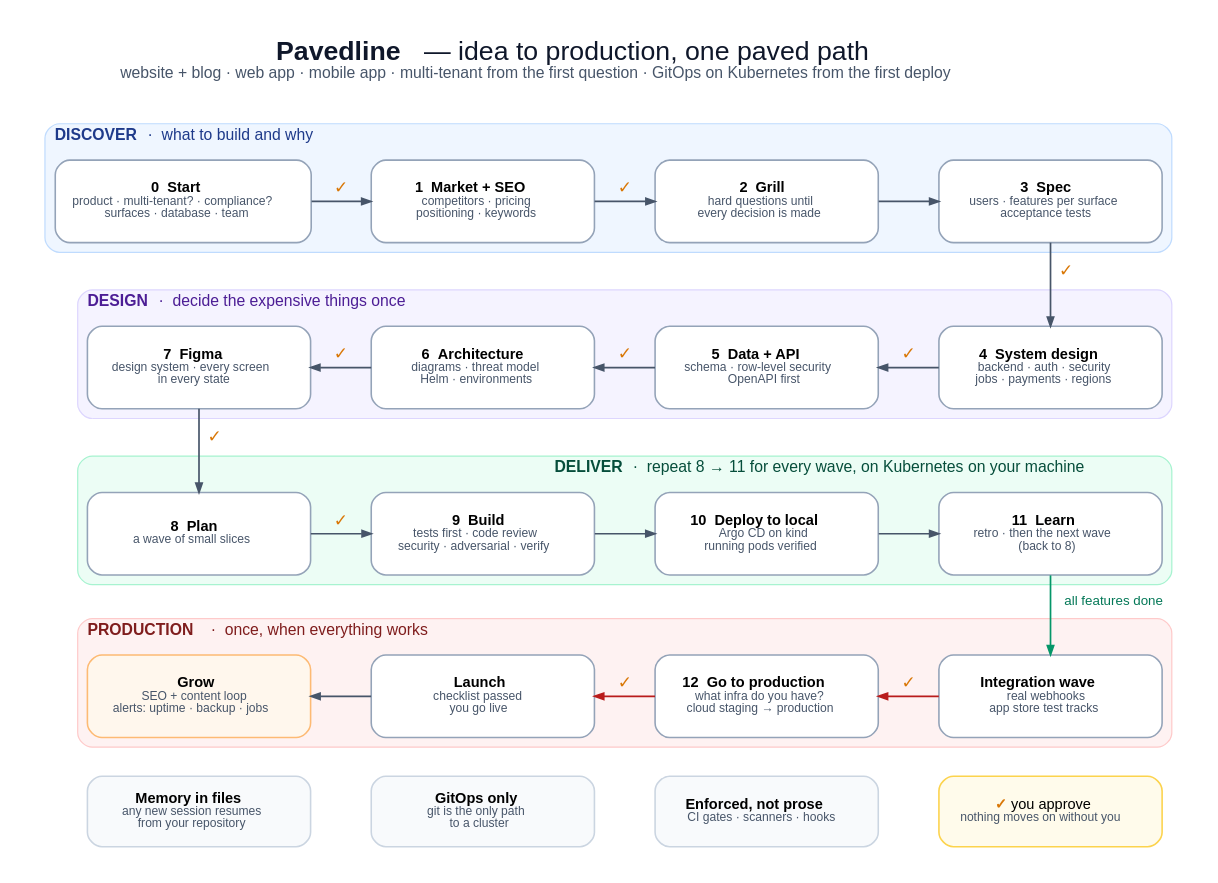
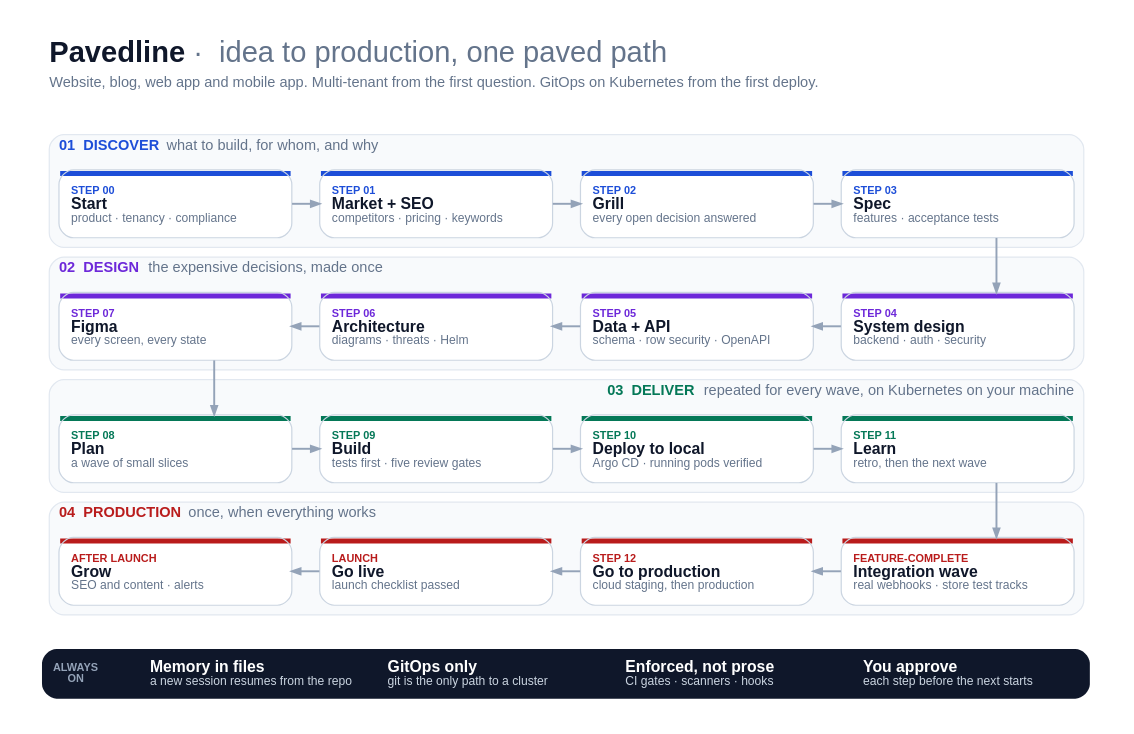
Before and after one commit to Marwan-G/pavedline: the diagram in docs/flow.dot, drawn with Graphviz. The commit also changed 1 other file, not shown here.

Commit message:
Professional flow image

```diff
--- a/docs/flow.dot
+++ b/docs/flow.dot
@@ -1,53 +1,52 @@
 // Pavedline — the flow, idea to production. Source of truth for docs/flow.svg.
-// Layout: four phase bands, read like a snake (left→right, then right→left, …), so every arrow is short.
-// Each band title sits on the side its incoming arrow does not use.
+// Four phase bands read as a snake (left→right, then right→left, …) so every connector is short and straight.
+// Colour marks the phase only (card header and band title); everything else is neutral.
 // Render: python3 scripts/dot_check.py   Check: python3 scripts/dot_check.py --check
 digraph pavedline {
-  graph [rankdir=TB, fontname="Helvetica", bgcolor="white", pad=0.3, nodesep=0.35, ranksep=0.42, newrank=true,
-         splines=spline, labelloc=t, labeljust=c, fontsize=22, fontcolor="#0F172A",
-         label=<<B>Pavedline</B> — idea to production, one paved path<BR/><FONT POINT-SIZE="13" COLOR="#475569">website + blog · web app · mobile app · multi-tenant from the first question · GitOps on Kubernetes from the first deploy</FONT><BR/> >];
-  node  [shape=box, style="rounded,filled", fontname="Helvetica", fontsize=12, color="#94A3B8",
-         fillcolor="#FFFFFF", penwidth=1.3, width=2.55, height=0.95, margin="0.2,0.08"];
-  edge  [color="#475569", arrowsize=0.75, penwidth=1.4, fontname="Helvetica", fontsize=14, fontcolor="#D97706"];
+  graph [rankdir=TB, fontname="Helvetica,Arial,sans-serif", bgcolor="white", pad="0.35,0.3", nodesep=0.32, ranksep=0.5,
+         newrank=true, splines=ortho, labelloc=t, labeljust=l, fontsize=24, fontcolor="#0F172A",
+         label=<<B>Pavedline</B><FONT COLOR="#64748B">  ·  idea to production, one paved path</FONT><BR ALIGN="LEFT"/><FONT POINT-SIZE="6"> </FONT><BR ALIGN="LEFT"/><FONT POINT-SIZE="12" COLOR="#64748B">Website, blog, web app and mobile app. Multi-tenant from the first question. GitOps on Kubernetes from the first deploy.</FONT><BR ALIGN="LEFT"/> >];
+  node  [shape=plain, fontname="Helvetica,Arial,sans-serif", fontsize=13, fontcolor="#0F172A"];
+  edge  [color="#94A3B8", penwidth=1.6, arrowsize=0.7, arrowhead=normal];
 
-  // ── 1 · DISCOVER (left → right)
+  // ── 01 DISCOVER ─────────────────────────────────────────────── left → right
   subgraph cluster_discover {
-    label=<<B>DISCOVER</B>  ·  what to build and why>; labeljust=l; fontsize=13;
-    style="rounded,filled"; fillcolor="#EFF6FF"; color="#BFDBFE"; fontcolor="#1E3A8A";
-    s0 [label=<<B>0  Start</B><BR/><FONT POINT-SIZE="10.5" COLOR="#475569">product · multi-tenant? · compliance?<BR/>surfaces · database · team</FONT>>];
-    s1 [label=<<B>1  Market + SEO</B><BR/><FONT POINT-SIZE="10.5" COLOR="#475569">competitors · pricing<BR/>positioning · keywords</FONT>>];
-    s2 [label=<<B>2  Grill</B><BR/><FONT POINT-SIZE="10.5" COLOR="#475569">hard questions until<BR/>every decision is made</FONT>>];
-    s3 [label=<<B>3  Spec</B><BR/><FONT POINT-SIZE="10.5" COLOR="#475569">users · features per surface<BR/>acceptance tests</FONT>>];
+    label=<<FONT COLOR="#1D4ED8"><B>01  DISCOVER</B></FONT><FONT COLOR="#64748B">   what to build, for whom, and why</FONT>>;
+    fontsize=12; labeljust=l; style="rounded,filled"; fillcolor="#F8FAFC"; color="#E2E8F0"; penwidth=1;
+    s0 [label=<<TABLE BORDER="1" CELLBORDER="0" CELLSPACING="0" CELLPADDING="9" COLOR="#CBD5E1" BGCOLOR="white" STYLE="rounded"><TR><TD BGCOLOR="#1D4ED8" ALIGN="LEFT" WIDTH="190" HEIGHT="4" CELLPADDING="0"></TD></TR><TR><TD ALIGN="LEFT"><FONT POINT-SIZE="9" COLOR="#1D4ED8"><B>STEP 00</B></FONT><BR ALIGN="LEFT"/><B>Start</B><BR ALIGN="LEFT"/><FONT POINT-SIZE="10.5" COLOR="#64748B">product · tenancy · compliance</FONT><BR ALIGN="LEFT"/></TD></TR></TABLE>>];
+    s1 [label=<<TABLE BORDER="1" CELLBORDER="0" CELLSPACING="0" CELLPADDING="9" COLOR="#CBD5E1" BGCOLOR="white" STYLE="rounded"><TR><TD BGCOLOR="#1D4ED8" ALIGN="LEFT" WIDTH="190" HEIGHT="4" CELLPADDING="0"></TD></TR><TR><TD ALIGN="LEFT"><FONT POINT-SIZE="9" COLOR="#1D4ED8"><B>STEP 01</B></FONT><BR ALIGN="LEFT"/><B>Market + SEO</B><BR ALIGN="LEFT"/><FONT POINT-SIZE="10.5" COLOR="#64748B">competitors · pricing · keywords</FONT><BR ALIGN="LEFT"/></TD></TR></TABLE>>];
+    s2 [label=<<TABLE BORDER="1" CELLBORDER="0" CELLSPACING="0" CELLPADDING="9" COLOR="#CBD5E1" BGCOLOR="white" STYLE="rounded"><TR><TD BGCOLOR="#1D4ED8" ALIGN="LEFT" WIDTH="190" HEIGHT="4" CELLPADDING="0"></TD></TR><TR><TD ALIGN="LEFT"><FONT POINT-SIZE="9" COLOR="#1D4ED8"><B>STEP 02</B></FONT><BR ALIGN="LEFT"/><B>Grill</B><BR ALIGN="LEFT"/><FONT POINT-SIZE="10.5" COLOR="#64748B">every open decision answered</FONT><BR ALIGN="LEFT"/></TD></TR></TABLE>>];
+    s3 [label=<<TABLE BORDER="1" CELLBORDER="0" CELLSPACING="0" CELLPADDING="9" COLOR="#CBD5E1" BGCOLOR="white" STYLE="rounded"><TR><TD BGCOLOR="#1D4ED8" ALIGN="LEFT" WIDTH="190" HEIGHT="4" CELLPADDING="0"></TD></TR><TR><TD ALIGN="LEFT"><FONT POINT-SIZE="9" COLOR="#1D4ED8"><B>STEP 03</B></FONT><BR ALIGN="LEFT"/><B>Spec</B><BR ALIGN="LEFT"/><FONT POINT-SIZE="10.5" COLOR="#64748B">features · acceptance tests</FONT><BR ALIGN="LEFT"/></TD></TR></TABLE>>];
   }
 
-  // ── 2 · DESIGN (right → left)
+  // ── 02 DESIGN ───────────────────────────────────────────────── right → left
   subgraph cluster_design {
-    label=<<B>DESIGN</B>  ·  decide the expensive things once>; labeljust=l; fontsize=13;
-    style="rounded,filled"; fillcolor="#F5F3FF"; color="#DDD6FE"; fontcolor="#4C1D95";
-    s7 [label=<<B>7  Figma</B><BR/><FONT POINT-SIZE="10.5" COLOR="#475569">design system · every screen<BR/>in every state</FONT>>];
-    s6 [label=<<B>6  Architecture</B><BR/><FONT POINT-SIZE="10.5" COLOR="#475569">diagrams · threat model<BR/>Helm · environments</FONT>>];
-    s5 [label=<<B>5  Data + API</B><BR/><FONT POINT-SIZE="10.5" COLOR="#475569">schema · row-level security<BR/>OpenAPI first</FONT>>];
-    s4 [label=<<B>4  System design</B><BR/><FONT POINT-SIZE="10.5" COLOR="#475569">backend · auth · security<BR/>jobs · payments · regions</FONT>>];
+    label=<<FONT COLOR="#6D28D9"><B>02  DESIGN</B></FONT><FONT COLOR="#64748B">   the expensive decisions, made once</FONT>>;
+    fontsize=12; labeljust=l; style="rounded,filled"; fillcolor="#F8FAFC"; color="#E2E8F0"; penwidth=1;
+    s7 [label=<<TABLE BORDER="1" CELLBORDER="0" CELLSPACING="0" CELLPADDING="9" COLOR="#CBD5E1" BGCOLOR="white" STYLE="rounded"><TR><TD BGCOLOR="#6D28D9" ALIGN="LEFT" WIDTH="190" HEIGHT="4" CELLPADDING="0"></TD></TR><TR><TD ALIGN="LEFT"><FONT POINT-SIZE="9" COLOR="#6D28D9"><B>STEP 07</B></FONT><BR ALIGN="LEFT"/><B>Figma</B><BR ALIGN="LEFT"/><FONT POINT-SIZE="10.5" COLOR="#64748B">every screen, every state</FONT><BR ALIGN="LEFT"/></TD></TR></TABLE>>];
+    s6 [label=<<TABLE BORDER="1" CELLBORDER="0" CELLSPACING="0" CELLPADDING="9" COLOR="#CBD5E1" BGCOLOR="white" STYLE="rounded"><TR><TD BGCOLOR="#6D28D9" ALIGN="LEFT" WIDTH="190" HEIGHT="4" CELLPADDING="0"></TD></TR><TR><TD ALIGN="LEFT"><FONT POINT-SIZE="9" COLOR="#6D28D9"><B>STEP 06</B></FONT><BR ALIGN="LEFT"/><B>Architecture</B><BR ALIGN="LEFT"/><FONT POINT-SIZE="10.5" COLOR="#64748B">diagrams · threats · Helm</FONT><BR ALIGN="LEFT"/></TD></TR></TABLE>>];
+    s5 [label=<<TABLE BORDER="1" CELLBORDER="0" CELLSPACING="0" CELLPADDING="9" COLOR="#CBD5E1" BGCOLOR="white" STYLE="rounded"><TR><TD BGCOLOR="#6D28D9" ALIGN="LEFT" WIDTH="190" HEIGHT="4" CELLPADDING="0"></TD></TR><TR><TD ALIGN="LEFT"><FONT POINT-SIZE="9" COLOR="#6D28D9"><B>STEP 05</B></FONT><BR ALIGN="LEFT"/><B>Data + API</B><BR ALIGN="LEFT"/><FONT POINT-SIZE="10.5" COLOR="#64748B">schema · row security · OpenAPI</FONT><BR ALIGN="LEFT"/></TD></TR></TABLE>>];
+    s4 [label=<<TABLE BORDER="1" CELLBORDER="0" CELLSPACING="0" CELLPADDING="9" COLOR="#CBD5E1" BGCOLOR="white" STYLE="rounded"><TR><TD BGCOLOR="#6D28D9" ALIGN="LEFT" WIDTH="190" HEIGHT="4" CELLPADDING="0"></TD></TR><TR><TD ALIGN="LEFT"><FONT POINT-SIZE="9" COLOR="#6D28D9"><B>STEP 04</B></FONT><BR ALIGN="LEFT"/><B>System design</B><BR ALIGN="LEFT"/><FONT POINT-SIZE="10.5" COLOR="#64748B">backend · auth · security</FONT><BR ALIGN="LEFT"/></TD></TR></TABLE>>];
   }
 
-  // ── 3 · DELIVER (left → right), repeated per wave on local Kubernetes
+  // ── 03 DELIVER ──────────────────────────────────────────────── left → right, repeated per wave
   subgraph cluster_deliver {
-    label=<<B>DELIVER</B>  ·  repeat 8 → 11 for every wave, on Kubernetes on your machine>; labeljust=r; fontsize=13;
-    style="rounded,filled"; fillcolor="#ECFDF5"; color="#A7F3D0"; fontcolor="#064E3B";
-    s8  [label=<<B>8  Plan</B><BR/><FONT POINT-SIZE="10.5" COLOR="#475569">a wave of small slices</FONT>>];
-    s9  [label=<<B>9  Build</B><BR/><FONT POINT-SIZE="10.5" COLOR="#475569">tests first · code review<BR/>security · adversarial · verify</FONT>>];
-    s10 [label=<<B>10  Deploy to local</B><BR/><FONT POINT-SIZE="10.5" COLOR="#475569">Argo CD on kind<BR/>running pods verified</FONT>>];
-    s11 [label=<<B>11  Learn</B><BR/><FONT POINT-SIZE="10.5" COLOR="#475569">retro · then the next wave<BR/>(back to 8)</FONT>>];
+    label=<<FONT COLOR="#047857"><B>03  DELIVER</B></FONT><FONT COLOR="#64748B">   repeated for every wave, on Kubernetes on your machine</FONT>>;
+    fontsize=12; labeljust=r; style="rounded,filled"; fillcolor="#F8FAFC"; color="#E2E8F0"; penwidth=1;
+    s8  [label=<<TABLE BORDER="1" CELLBORDER="0" CELLSPACING="0" CELLPADDING="9" COLOR="#CBD5E1" BGCOLOR="white" STYLE="rounded"><TR><TD BGCOLOR="#047857" ALIGN="LEFT" WIDTH="190" HEIGHT="4" CELLPADDING="0"></TD></TR><TR><TD ALIGN="LEFT"><FONT POINT-SIZE="9" COLOR="#047857"><B>STEP 08</B></FONT><BR ALIGN="LEFT"/><B>Plan</B><BR ALIGN="LEFT"/><FONT POINT-SIZE="10.5" COLOR="#64748B">a wave of small slices</FONT><BR ALIGN="LEFT"/></TD></TR></TABLE>>];
+    s9  [label=<<TABLE BORDER="1" CELLBORDER="0" CELLSPACING="0" CELLPADDING="9" COLOR="#CBD5E1" BGCOLOR="white" STYLE="rounded"><TR><TD BGCOLOR="#047857" ALIGN="LEFT" WIDTH="190" HEIGHT="4" CELLPADDING="0"></TD></TR><TR><TD ALIGN="LEFT"><FONT POINT-SIZE="9" COLOR="#047857"><B>STEP 09</B></FONT><BR ALIGN="LEFT"/><B>Build</B><BR ALIGN="LEFT"/><FONT POINT-SIZE="10.5" COLOR="#64748B">tests first · five review gates</FONT><BR ALIGN="LEFT"/></TD></TR></TABLE>>];
+    s10 [label=<<TABLE BORDER="1" CELLBORDER="0" CELLSPACING="0" CELLPADDING="9" COLOR="#CBD5E1" BGCOLOR="white" STYLE="rounded"><TR><TD BGCOLOR="#047857" ALIGN="LEFT" WIDTH="190" HEIGHT="4" CELLPADDING="0"></TD></TR><TR><TD ALIGN="LEFT"><FONT POINT-SIZE="9" COLOR="#047857"><B>STEP 10</B></FONT><BR ALIGN="LEFT"/><B>Deploy to local</B><BR ALIGN="LEFT"/><FONT POINT-SIZE="10.5" COLOR="#64748B">Argo CD · running pods verified</FONT><BR ALIGN="LEFT"/></TD></TR></TABLE>>];
+    s11 [label=<<TABLE BORDER="1" CELLBORDER="0" CELLSPACING="0" CELLPADDING="9" COLOR="#CBD5E1" BGCOLOR="white" STYLE="rounded"><TR><TD BGCOLOR="#047857" ALIGN="LEFT" WIDTH="190" HEIGHT="4" CELLPADDING="0"></TD></TR><TR><TD ALIGN="LEFT"><FONT POINT-SIZE="9" COLOR="#047857"><B>STEP 11</B></FONT><BR ALIGN="LEFT"/><B>Learn</B><BR ALIGN="LEFT"/><FONT POINT-SIZE="10.5" COLOR="#64748B">retro, then the next wave</FONT><BR ALIGN="LEFT"/></TD></TR></TABLE>>];
   }
 
-  // ── 4 · PRODUCTION (right → left), once, at the end
+  // ── 04 PRODUCTION ───────────────────────────────────────────── right → left, once
   subgraph cluster_prod {
-    label=<<B>PRODUCTION</B>  ·  once, when everything works>; labeljust=l; fontsize=13;
-    style="rounded,filled"; fillcolor="#FEF2F2"; color="#FECACA"; fontcolor="#7F1D1D";
-    grow [label=<<B>Grow</B><BR/><FONT POINT-SIZE="10.5" COLOR="#475569">SEO + content loop<BR/>alerts: uptime · backup · jobs</FONT>>, fillcolor="#FFF7ED", color="#FDBA74"];
-    live [label=<<B>Launch</B><BR/><FONT POINT-SIZE="10.5" COLOR="#475569">checklist passed<BR/>you go live</FONT>>];
-    s12  [label=<<B>12  Go to production</B><BR/><FONT POINT-SIZE="10.5" COLOR="#475569">what infra do you have?<BR/>cloud staging → production</FONT>>];
-    integ[label=<<B>Integration wave</B><BR/><FONT POINT-SIZE="10.5" COLOR="#475569">real webhooks<BR/>app store test tracks</FONT>>];
+    label=<<FONT COLOR="#B91C1C"><B>04  PRODUCTION</B></FONT><FONT COLOR="#64748B">   once, when everything works</FONT>>;
+    fontsize=12; labeljust=l; style="rounded,filled"; fillcolor="#F8FAFC"; color="#E2E8F0"; penwidth=1;
+    grow [label=<<TABLE BORDER="1" CELLBORDER="0" CELLSPACING="0" CELLPADDING="9" COLOR="#CBD5E1" BGCOLOR="white" STYLE="rounded"><TR><TD BGCOLOR="#B91C1C" ALIGN="LEFT" WIDTH="190" HEIGHT="4" CELLPADDING="0"></TD></TR><TR><TD ALIGN="LEFT"><FONT POINT-SIZE="9" COLOR="#B91C1C"><B>AFTER LAUNCH</B></FONT><BR ALIGN="LEFT"/><B>Grow</B><BR ALIGN="LEFT"/><FONT POINT-SIZE="10.5" COLOR="#64748B">SEO and content · alerts</FONT><BR ALIGN="LEFT"/></TD></TR></TABLE>>];
+    live [label=<<TABLE BORDER="1" CELLBORDER="0" CELLSPACING="0" CELLPADDING="9" COLOR="#CBD5E1" BGCOLOR="white" STYLE="rounded"><TR><TD BGCOLOR="#B91C1C" ALIGN="LEFT" WIDTH="190" HEIGHT="4" CELLPADDING="0"></TD></TR><TR><TD ALIGN="LEFT"><FONT POINT-SIZE="9" COLOR="#B91C1C"><B>LAUNCH</B></FONT><BR ALIGN="LEFT"/><B>Go live</B><BR ALIGN="LEFT"/><FONT POINT-SIZE="10.5" COLOR="#64748B">launch checklist passed</FONT><BR ALIGN="LEFT"/></TD></TR></TABLE>>];
+    s12  [label=<<TABLE BORDER="1" CELLBORDER="0" CELLSPACING="0" CELLPADDING="9" COLOR="#CBD5E1" BGCOLOR="white" STYLE="rounded"><TR><TD BGCOLOR="#B91C1C" ALIGN="LEFT" WIDTH="190" HEIGHT="4" CELLPADDING="0"></TD></TR><TR><TD ALIGN="LEFT"><FONT POINT-SIZE="9" COLOR="#B91C1C"><B>STEP 12</B></FONT><BR ALIGN="LEFT"/><B>Go to production</B><BR ALIGN="LEFT"/><FONT POINT-SIZE="10.5" COLOR="#64748B">cloud staging, then production</FONT><BR ALIGN="LEFT"/></TD></TR></TABLE>>];
+    integ[label=<<TABLE BORDER="1" CELLBORDER="0" CELLSPACING="0" CELLPADDING="9" COLOR="#CBD5E1" BGCOLOR="white" STYLE="rounded"><TR><TD BGCOLOR="#B91C1C" ALIGN="LEFT" WIDTH="190" HEIGHT="4" CELLPADDING="0"></TD></TR><TR><TD ALIGN="LEFT"><FONT POINT-SIZE="9" COLOR="#B91C1C"><B>FEATURE-COMPLETE</B></FONT><BR ALIGN="LEFT"/><B>Integration wave</B><BR ALIGN="LEFT"/><FONT POINT-SIZE="10.5" COLOR="#64748B">real webhooks · store test tracks</FONT><BR ALIGN="LEFT"/></TD></TR></TABLE>>];
   }
 
   { rank=same; s0; s1; s2; s3; }
@@ -55,31 +54,29 @@
   { rank=same; s8; s9; s10; s11; }
   { rank=same; grow; live; s12; integ; }
 
-  // Column alignment: invisible edges keep each band's boxes stacked under the band above.
-  s0 -> s7 -> s8 -> grow  [style=invis];
-  s1 -> s6 -> s9 -> live  [style=invis];
-  s2 -> s5 -> s10 -> s12  [style=invis];
+  // Keep the four columns aligned across bands.
+  s0 -> s7 -> s8 -> grow [style=invis, weight=5];
+  s1 -> s6 -> s9 -> live [style=invis, weight=5];
+  s2 -> s5 -> s10 -> s12 [style=invis, weight=5];
+  s3 -> s4 -> s11 -> integ [style=invis, weight=5];
 
-  // The path. ✓ = you approve before the next step starts.
-  s0 -> s1 [label="✓"];  s1 -> s2 [label="✓"];  s2 -> s3;
-  s3 -> s4 [label="  ✓"];
-  // Right-to-left bands: edges are written left→right (so the boxes stay in a straight row) and drawn backwards.
-  s5 -> s4 [label="✓", dir=back];
-  s6 -> s5 [label="✓", dir=back];
-  s7 -> s6 [label="✓", dir=back];
-  s7 -> s8 [label="  ✓"];
-  s8 -> s9 [label="✓"];  s9 -> s10;  s10 -> s11;
-  s11 -> integ [label="  all features done", fontsize=11, fontcolor="#047857", color="#059669"];
-  s12 -> integ [label="✓", dir=back, color="#B91C1C"];
-  live -> s12 [label="✓", dir=back, color="#B91C1C"];
-  grow -> live [dir=back];
+  // The path. Right-to-left bands are written left→right (straight rows) and drawn backwards.
+  // High weight keeps each band's cards in a straight row, in order.
+  edge [weight=20];
+  s0 -> s1; s1 -> s2; s2 -> s3;
+  s5 -> s4 [dir=back]; s6 -> s5 [dir=back]; s7 -> s6 [dir=back];
+  s8 -> s9; s9 -> s10; s10 -> s11;
+  s12 -> integ [dir=back]; live -> s12 [dir=back]; grow -> live [dir=back];
+  edge [weight=1];
+  s3 -> s4; s7 -> s8; s11 -> integ;
 
-  // Foundations that hold for every step.
-  node [shape=box, style="rounded,filled", fillcolor="#F8FAFC", color="#CBD5E1", width=2.55, height=0.8];
-  mem   [label=<<B>Memory in files</B><BR/><FONT POINT-SIZE="10.5" COLOR="#475569">any new session resumes<BR/>from your repository</FONT>>];
-  gitops[label=<<B>GitOps only</B><BR/><FONT POINT-SIZE="10.5" COLOR="#475569">git is the only path<BR/>to a cluster</FONT>>];
-  gates [label=<<B>Enforced, not prose</B><BR/><FONT POINT-SIZE="10.5" COLOR="#475569">CI gates · scanners · hooks</FONT>>];
-  legend[label=<<FONT COLOR="#D97706"><B>✓</B></FONT>  you approve<BR/><FONT POINT-SIZE="10.5" COLOR="#475569">nothing moves on without you</FONT>>, color="#FCD34D", fillcolor="#FFFBEB"];
-  { rank=same; mem; gitops; gates; legend; }
-  grow -> mem [style=invis]; live -> gitops [style=invis]; s12 -> gates [style=invis]; integ -> legend [style=invis];
+  // Foundations, one bar under everything.
+  foot [label=<<TABLE BORDER="0" CELLBORDER="0" CELLSPACING="0" CELLPADDING="9" BGCOLOR="#0F172A" STYLE="rounded"><TR>
+    <TD ALIGN="LEFT" WIDTH="80"><FONT POINT-SIZE="9" COLOR="#94A3B8"><B>ALWAYS<BR ALIGN="LEFT"/>ON</B></FONT></TD>
+    <TD ALIGN="LEFT" WIDTH="196"><FONT COLOR="white"><B>Memory in files</B></FONT><BR ALIGN="LEFT"/><FONT POINT-SIZE="10.5" COLOR="#CBD5E1">a new session resumes from the repo</FONT><BR ALIGN="LEFT"/></TD>
+    <TD ALIGN="LEFT" WIDTH="196"><FONT COLOR="white"><B>GitOps only</B></FONT><BR ALIGN="LEFT"/><FONT POINT-SIZE="10.5" COLOR="#CBD5E1">git is the only path to a cluster</FONT><BR ALIGN="LEFT"/></TD>
+    <TD ALIGN="LEFT" WIDTH="196"><FONT COLOR="white"><B>Enforced, not prose</B></FONT><BR ALIGN="LEFT"/><FONT POINT-SIZE="10.5" COLOR="#CBD5E1">CI gates · scanners · hooks</FONT><BR ALIGN="LEFT"/></TD>
+    <TD ALIGN="LEFT" WIDTH="196"><FONT COLOR="white"><B>You approve</B></FONT><BR ALIGN="LEFT"/><FONT POINT-SIZE="10.5" COLOR="#CBD5E1">each step before the next starts</FONT><BR ALIGN="LEFT"/></TD>
+  </TR></TABLE>>];
+  live -> foot [style=invis]; s12 -> foot [style=invis];
 }
```
